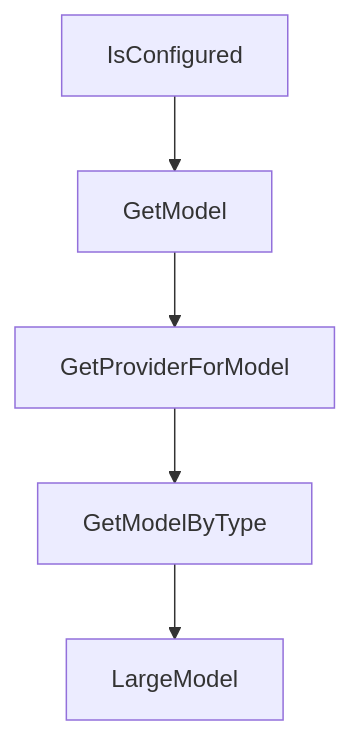
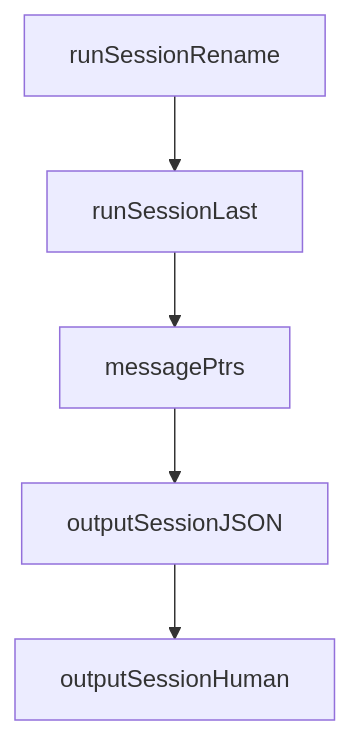
Before and after one commit to johnxie/awesome-code-docs: the diagram in tutorials/crush-tutorial/04-permissions-and-tool-controls.md, drawn with Mermaid. The commit also changed other lines of this file and 1232 other files, not shown here.

````diff
--- a/tutorials/crush-tutorial/04-permissions-and-tool-controls.md
+++ b/tutorials/crush-tutorial/04-permissions-and-tool-controls.md
@@ -222,12 +220,12 @@
 ```mermaid
 flowchart TD
-    A[IsConfigured]
-    B[GetModel]
-    C[GetProviderForModel]
-    D[GetModelByType]
-    E[LargeModel]
+    A[runSessionRename]
+    B[runSessionLast]
+    C[messagePtrs]
+    D[outputSessionJSON]
+    E[outputSessionHuman]
     A --> B
     B --> C
     C --> D
     D --> E
 ```
````
